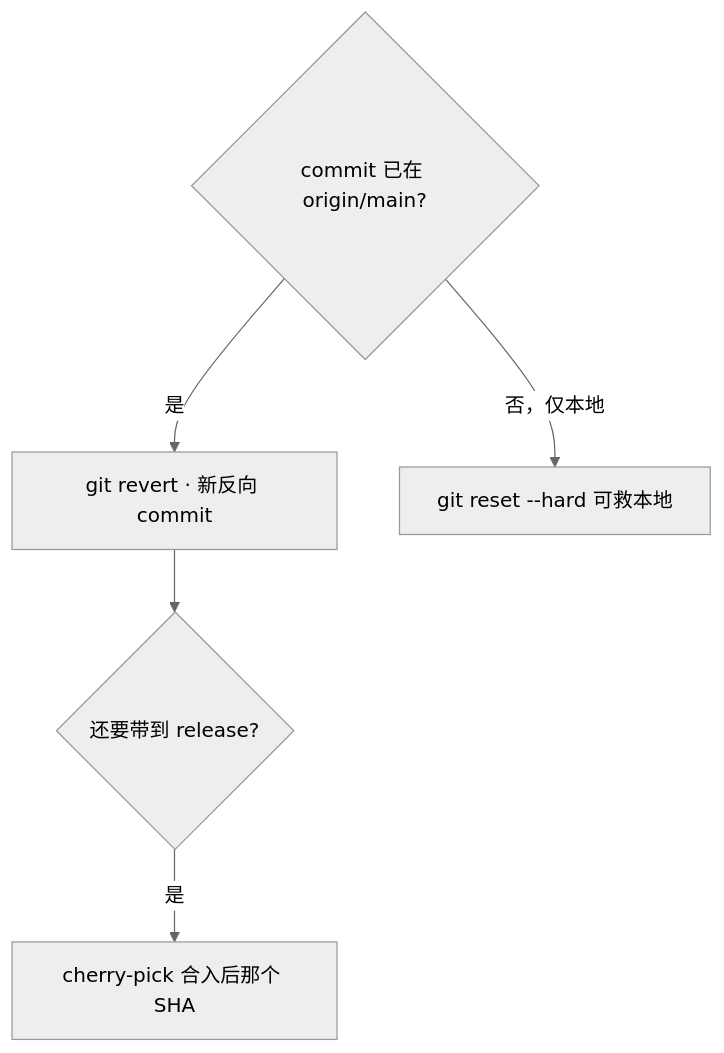
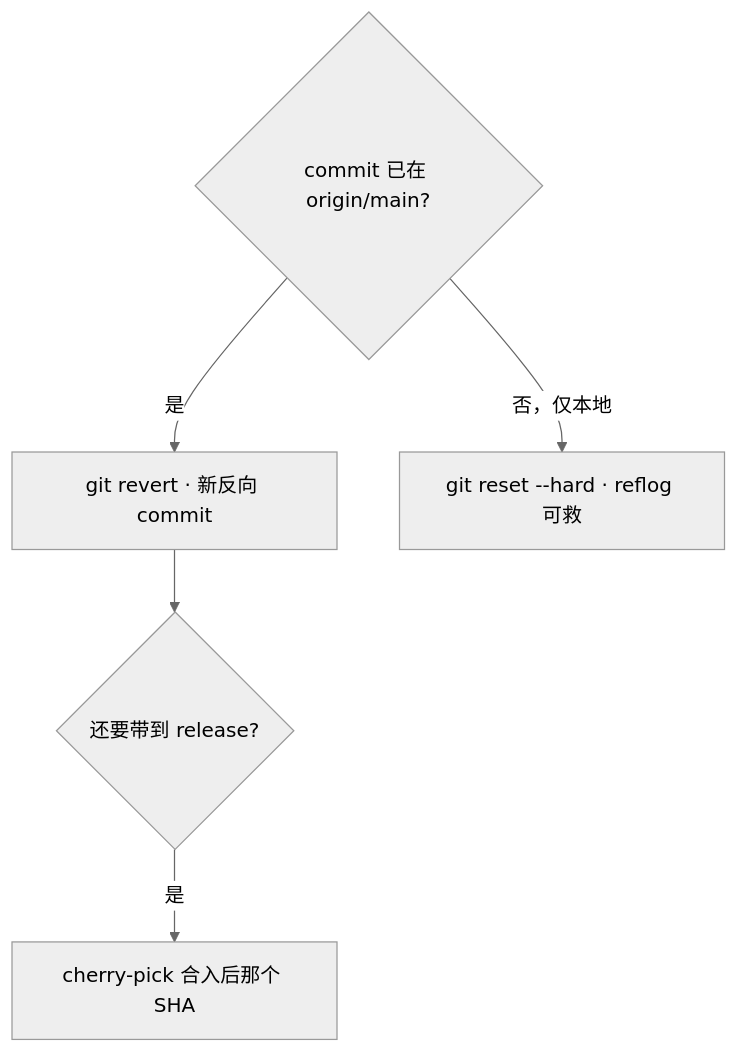
One commit to ml-cuizijun/LearnToLilith changed the fourth of 7 diagrams in 04-工程化与自动化/01-Git工作流/知识点.md. Above: the diagram before and after it, drawn with Mermaid (neutral theme). The commit also changed other lines of this file and 178 other files, not shown here.

````diff
--- a/04-工程化与自动化/01-Git工作流/知识点.md
+++ b/04-工程化与自动化/01-Git工作流/知识点.md
@@ -342,11 +164,8 @@
 ```mermaid
 flowchart TB
     Q{commit 已在 origin/main?}
     Q -->|是| A["git revert · 新反向 commit"]
-    Q -->|否，仅本地| B["git reset --hard 可救本地"]
+    Q -->|否，仅本地| B["git reset --hard · reflog 可救"]
     A --> C{还要带到 release?}
     C -->|是| D["cherry-pick 合入后那个 SHA"]
-
-    class A ok
-    class B bad
 ```
````
